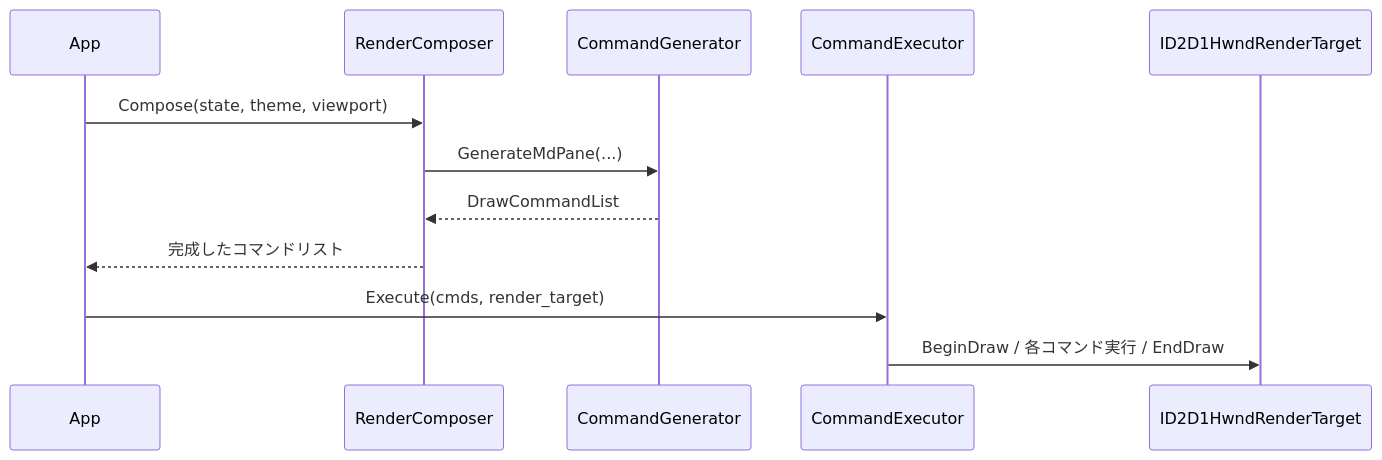
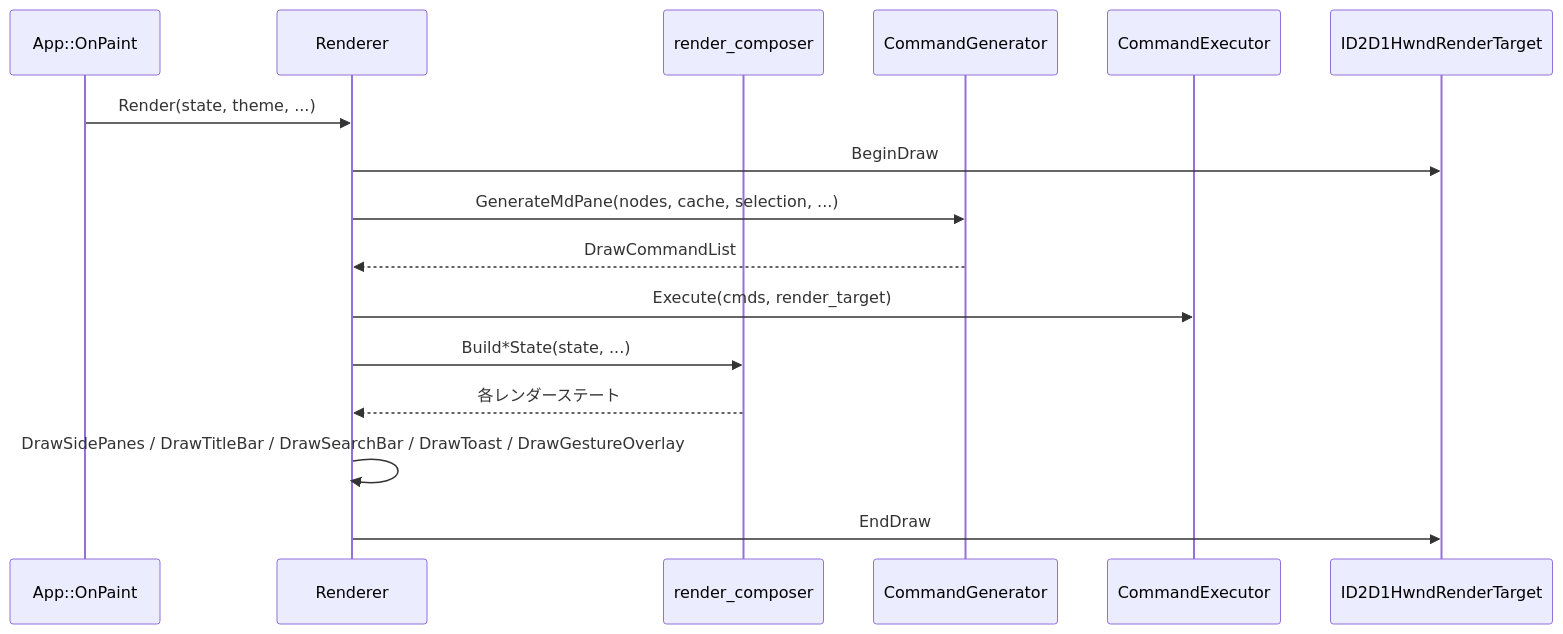
One commit to tanaton/mendo changed the fifth of 27 diagrams in example/test.md. Above: the diagram before and after it, drawn with Mermaid. The commit also changed other lines of this file, not shown here.

````diff
--- a/example/test.md
+++ b/example/test.md
@@ -602,15 +746,19 @@
 ```mermaid
 sequenceDiagram
-    participant APP as App
-    participant RC as RenderComposer
+    participant APP as App::OnPaint
+    participant R as Renderer
+    participant RC as render_composer
     participant CG as CommandGenerator
     participant CE as CommandExecutor
     participant RT as ID2D1HwndRenderTarget
 
-    APP->>RC: Compose(state, theme, viewport)
-    RC->>CG: GenerateMdPane(...)
-    CG-->>RC: DrawCommandList
-    RC-->>APP: 完成したコマンドリスト
-    APP->>CE: Execute(cmds, render_target)
-    CE->>RT: BeginDraw / 各コマンド実行 / EndDraw
+    APP->>R: Render(state, theme, ...)
+    R->>RT: BeginDraw
+    R->>CG: GenerateMdPane(nodes, cache, selection, ...)
+    CG-->>R: DrawCommandList
+    R->>CE: Execute(cmds, render_target)
+    R->>RC: Build*State(state, ...)
+    RC-->>R: 各レンダーステート
+    R->>R: DrawSidePanes / DrawTitleBar / DrawSearchBar / DrawToast / DrawGestureOverlay
+    R->>RT: EndDraw
 ```
````
